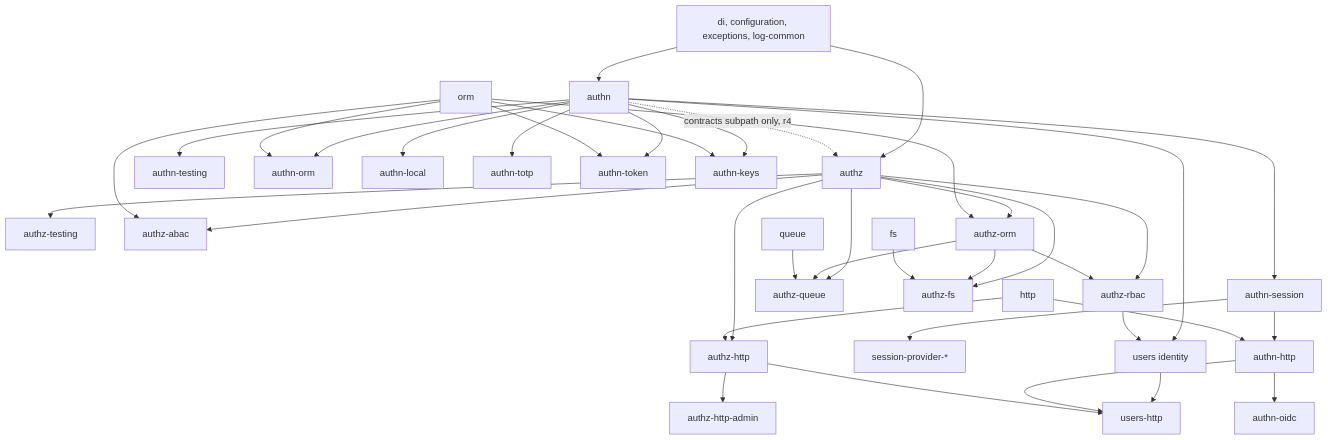
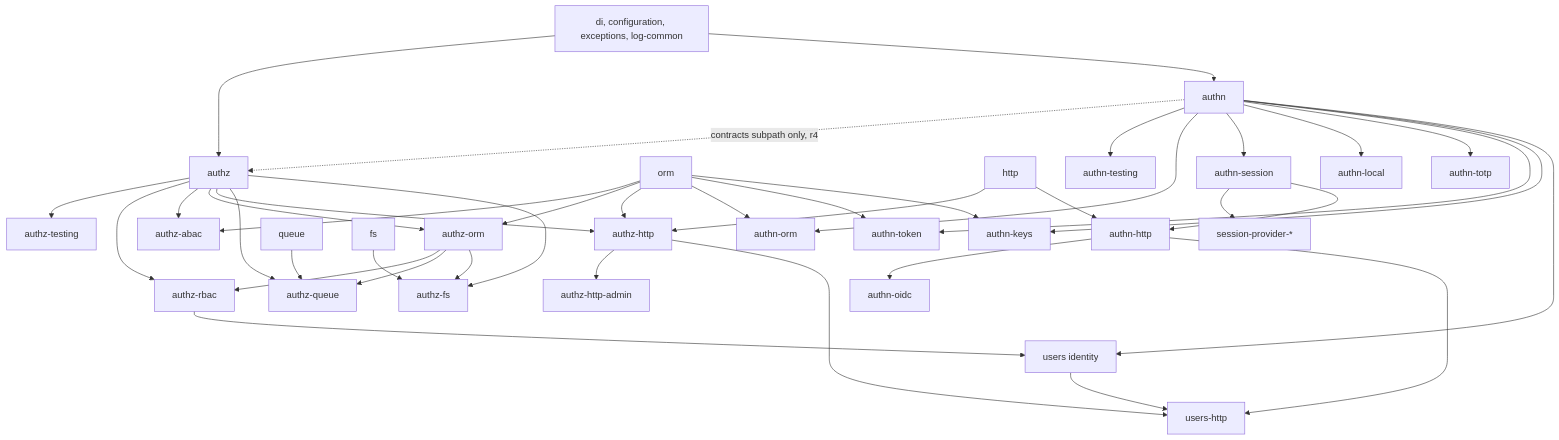
Before and after one commit to spinajs/main: the diagram in docs/plans/2026-10-01-authz-v3-design.md, drawn with Mermaid. The commit also changed other lines of this file, not shown here.

````diff
--- a/docs/plans/2026-10-01-authz-v3-design.md
+++ b/docs/plans/2026-10-01-authz-v3-design.md
@@ -437,41 +510,42 @@
 ```mermaid
 graph TD
   di[di, configuration, exceptions, log-common] --> authz
   di --> authn
   authn -.->|contracts subpath only, r4| authz
   authz --> testing[authz-testing]
   authz --> rbacm[authz-rbac]
   authz --> abac[authz-abac]
   authz --> aorm[authz-orm]
   authz --> ahttp[authz-http]
   authz --> aqueue[authz-queue]
   authz --> afs[authz-fs]
   orm --> abac
   orm --> aorm
   aorm --> rbacm
   aorm --> aqueue
   aorm --> afs
   http --> ahttp
+  orm --> ahttp
   queue --> aqueue
   fs --> afs
   ahttp --> aadmin[authz-http-admin]
   authn --> ntest[authn-testing]
   authn --> norm[authn-orm]
   authn --> nsess[authn-session]
   authn --> nlocal[authn-local]
   authn --> ntotp[authn-totp]
   authn --> ntoken[authn-token]
   authn --> nkeys[authn-keys]
   orm --> norm
   orm --> ntoken
   orm --> nkeys
   nsess --> sp[session-provider-*]
   nsess --> nhttp[authn-http]
   http --> nhttp
   nhttp --> noidc[authn-oidc]
   authn --> users[users identity]
   rbacm --> users
   users --> uhttp[users-http]
   nhttp --> uhttp
   ahttp --> uhttp
 ```
````
